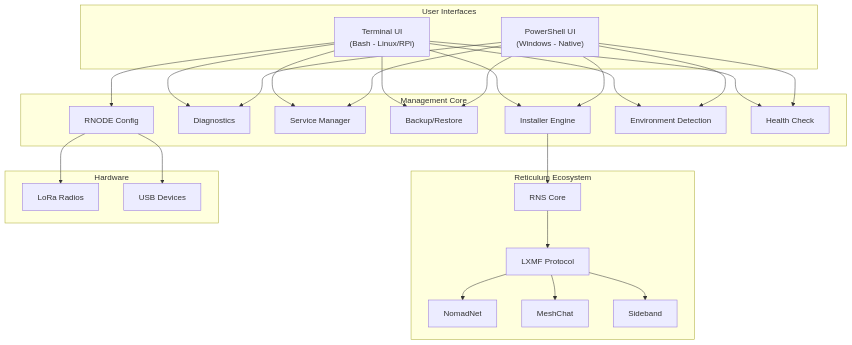
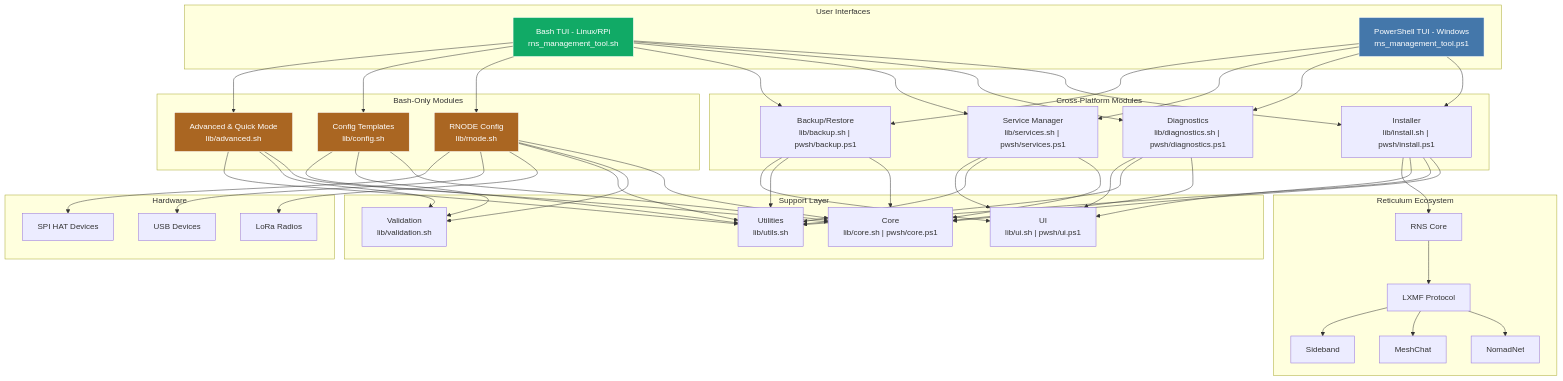
The third of 5 diagrams in README.md (Nursedude/RNS-Management-Tool), drawn with Mermaid before and after one commit. The commit also changed other lines of this file, not shown here.

First line of the commit message:
docs: add Mermaid diagrams for install flow, CI pipeline, roadmap, and enhanced architecture

````diff
--- a/README.md
+++ b/README.md
@@ -329,37 +353,58 @@
 ```mermaid
 graph TB
     subgraph "User Interfaces"
-        TUI["Terminal UI<br/>(Bash - Linux/RPi)"]
-        PS["PowerShell UI<br/>(Windows - Native)"]
+        TUI["Bash TUI - Linux/RPi<br/>rns_management_tool.sh"]
+        PS["PowerShell TUI - Windows<br/>rns_management_tool.ps1"]
     end
 
-    subgraph "Management Core"
-        INST[Installer Engine]
-        DIAG[Diagnostics]
-        SVC[Service Manager]
-        BACKUP[Backup/Restore]
-        RNODE[RNODE Config]
-        ENV[Environment Detection]
-        HEALTH[Health Check]
+    subgraph "Cross-Platform Modules"
+        INST["Installer<br/>lib/install.sh | pwsh/install.ps1"]
+        DIAG["Diagnostics<br/>lib/diagnostics.sh | pwsh/diagnostics.ps1"]
+        SVC["Service Manager<br/>lib/services.sh | pwsh/services.ps1"]
+        BACKUP["Backup/Restore<br/>lib/backup.sh | pwsh/backup.ps1"]
+    end
+
+    subgraph "Bash-Only Modules"
+        RNODE["RNODE Config<br/>lib/rnode.sh"]
+        CONFIG["Config Templates<br/>lib/config.sh"]
+        ADV["Advanced & Quick Mode<br/>lib/advanced.sh"]
+    end
+
+    subgraph "Support Layer"
+        CORE["Core<br/>lib/core.sh | pwsh/core.ps1"]
+        VALID["Validation<br/>lib/validation.sh"]
+        UTILS["Utilities<br/>lib/utils.sh"]
+        UIMOD["UI<br/>lib/ui.sh | pwsh/ui.ps1"]
     end
 
     subgraph "Reticulum Ecosystem"
-        RNS[RNS Core]
-        LXMF[LXMF Protocol]
-        NOMAD[NomadNet]
-        MESH[MeshChat]
-        SIDE[Sideband]
+        RNS["RNS Core"]
+        LXMF["LXMF Protocol"]
+        NOMAD["NomadNet"]
+        MESH["MeshChat"]
+        SIDE["Sideband"]
     end
 
     subgraph "Hardware"
-        LORA[LoRa Radios]
-        USB[USB Devices]
+        LORA["LoRa Radios"]
+        USB["USB Devices"]
+        SPI["SPI HAT Devices"]
     end
 
-    TUI --> INST & DIAG & SVC & BACKUP & RNODE & ENV & HEALTH
-    PS --> INST & DIAG & SVC & BACKUP & ENV & HEALTH
+    TUI --> INST & DIAG & SVC & BACKUP
+    TUI --> RNODE & CONFIG & ADV
+    PS --> INST & DIAG & SVC & BACKUP
+
+    INST & DIAG & SVC & BACKUP --> CORE & UTILS & UIMOD
+    RNODE & CONFIG & ADV --> CORE & VALID & UTILS
 
     INST --> RNS --> LXMF
     LXMF --> NOMAD & MESH & SIDE
-    RNODE --> LORA & USB
+    RNODE --> LORA & USB & SPI
+
+    style TUI fill:#1a6,stroke:#fff,color:#fff
+    style PS fill:#47a,stroke:#fff,color:#fff
+    style RNODE fill:#a62,stroke:#fff,color:#fff
+    style CONFIG fill:#a62,stroke:#fff,color:#fff
+    style ADV fill:#a62,stroke:#fff,color:#fff
 ```
````
